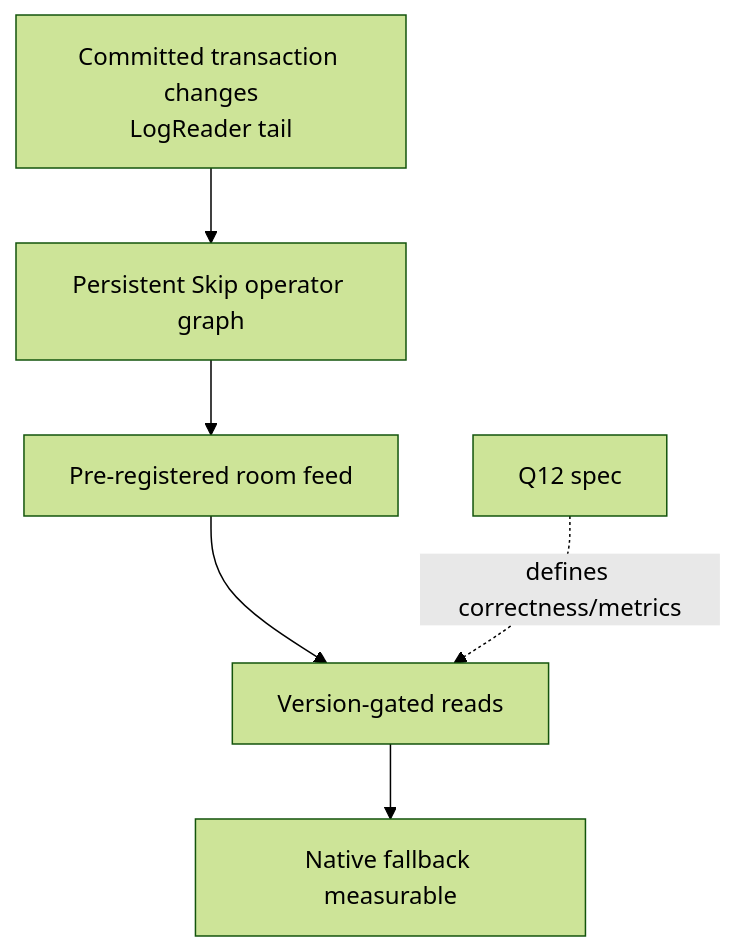
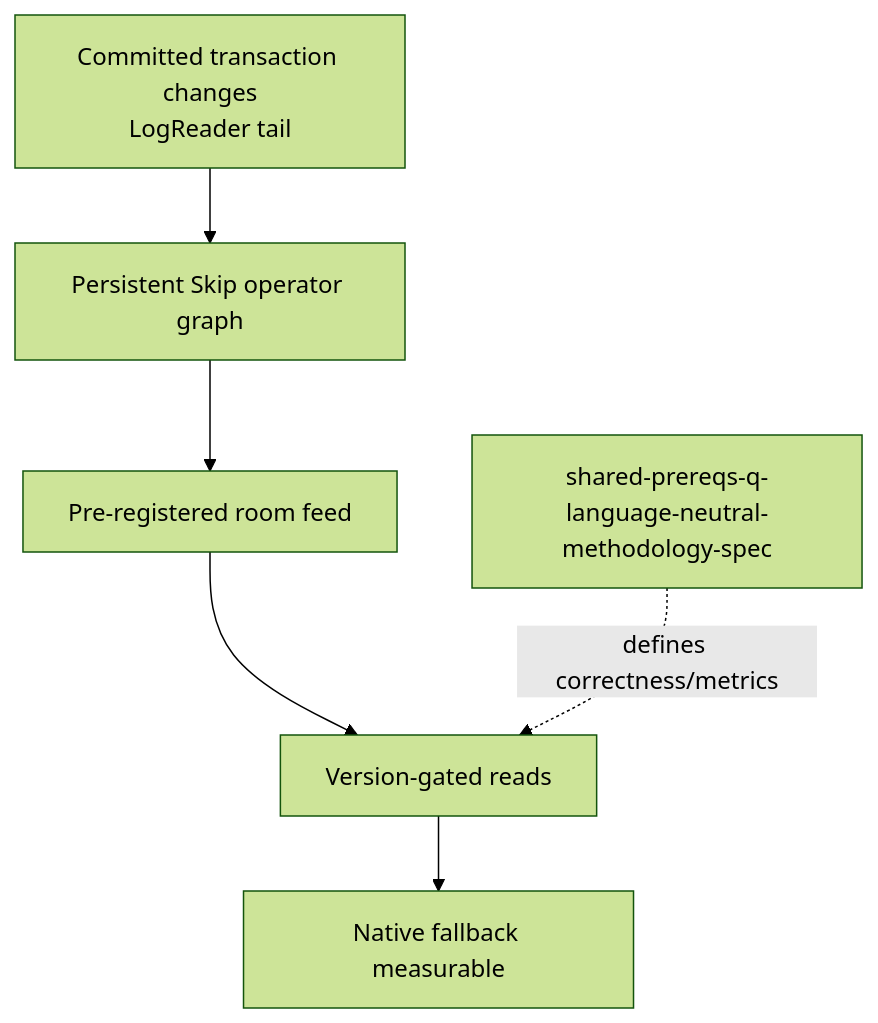
Before and after one commit to billf/skip: the diagram in docs/plans/2026-09-14-skip-dir2-materialized-cache-plan.md, drawn with Mermaid (forest theme). The commit also changed other lines of this file and 9 other files, not shown here.

````diff
--- a/docs/plans/2026-09-14-skip-dir2-materialized-cache-plan.md
+++ b/docs/plans/2026-09-14-skip-dir2-materialized-cache-plan.md
@@ -18,8 +18,8 @@
 ```mermaid
 graph TD
     LOG[Committed transaction changes<br/>LogReader tail] --> GRAPH[Persistent Skip operator graph]
     GRAPH --> VIEW[Pre-registered room feed]
     VIEW --> GATE[Version-gated reads]
     GATE --> NAT[Native fallback measurable]
-    Q12[Q12 spec] -. defines correctness/metrics .-> GATE
+    SPEC[shared-prereqs-q-language-neutral-methodology-spec] -. defines correctness/metrics .-> GATE
 ```
````
